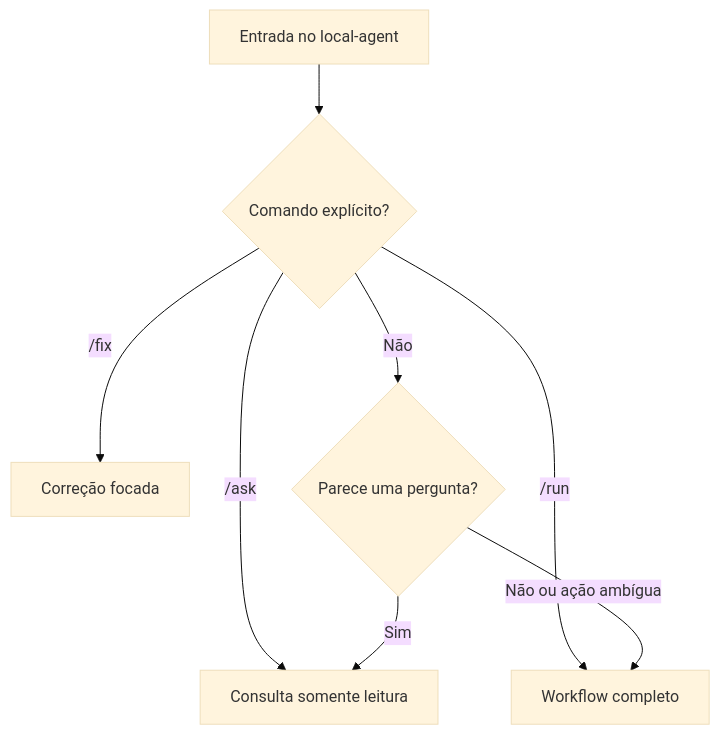
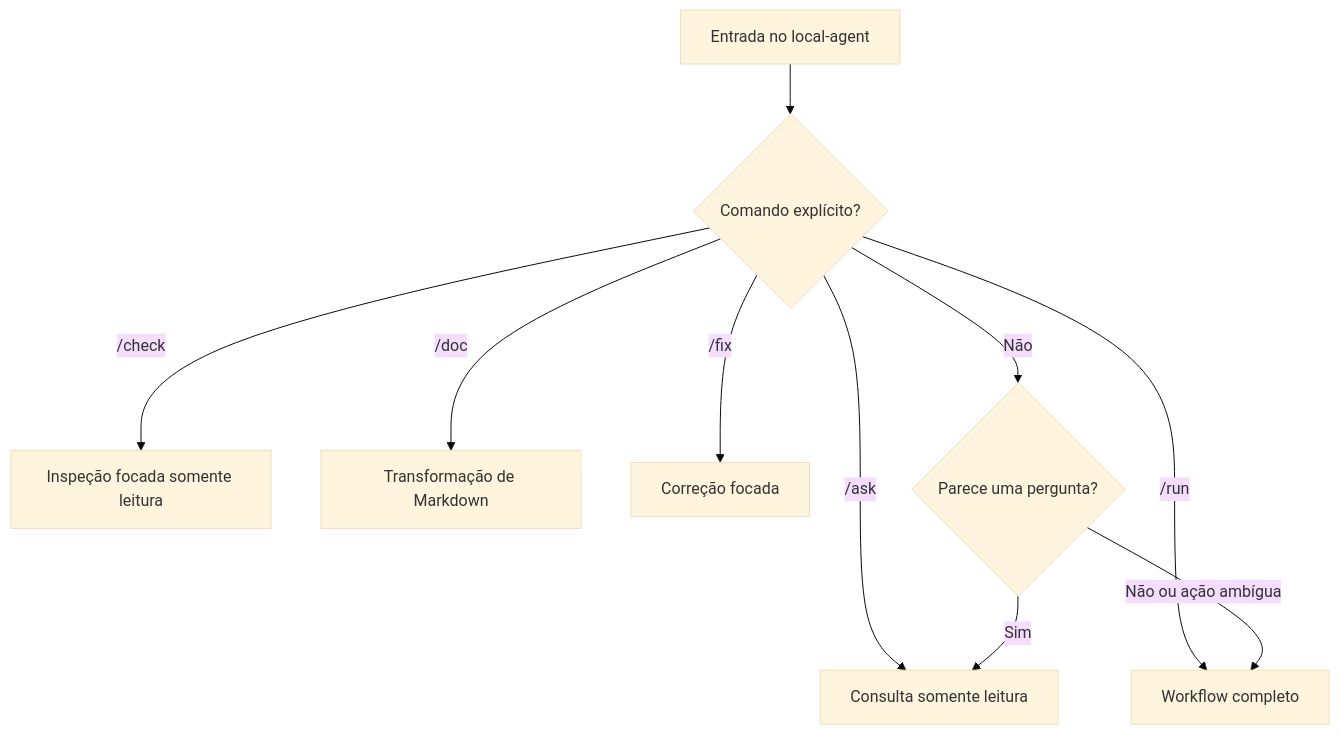
The first of 8 diagrams in docs/workflow-diagrams.md (Igorx8/local-agent), drawn with Mermaid (base theme) before and after one commit. The commit also changed other lines of this file and 10 other files, not shown here.

````diff
--- a/docs/workflow-diagrams.md
+++ b/docs/workflow-diagrams.md
@@ -8,10 +8,12 @@
 ```mermaid
 flowchart TD
     A[Entrada no local-agent] --> B{Comando explícito?}
     B -->|/ask| ASK[Consulta somente leitura]
+    B -->|/check| CHECK[Inspeção focada somente leitura]
+    B -->|/doc| DOC[Transformação de Markdown]
     B -->|/fix| FIX[Correção focada]
     B -->|/run| RUN[Workflow completo]
     B -->|Não| C{Parece uma pergunta?}
     C -->|Sim| ASK
     C -->|Não ou ação ambígua| RUN
 ```
````
